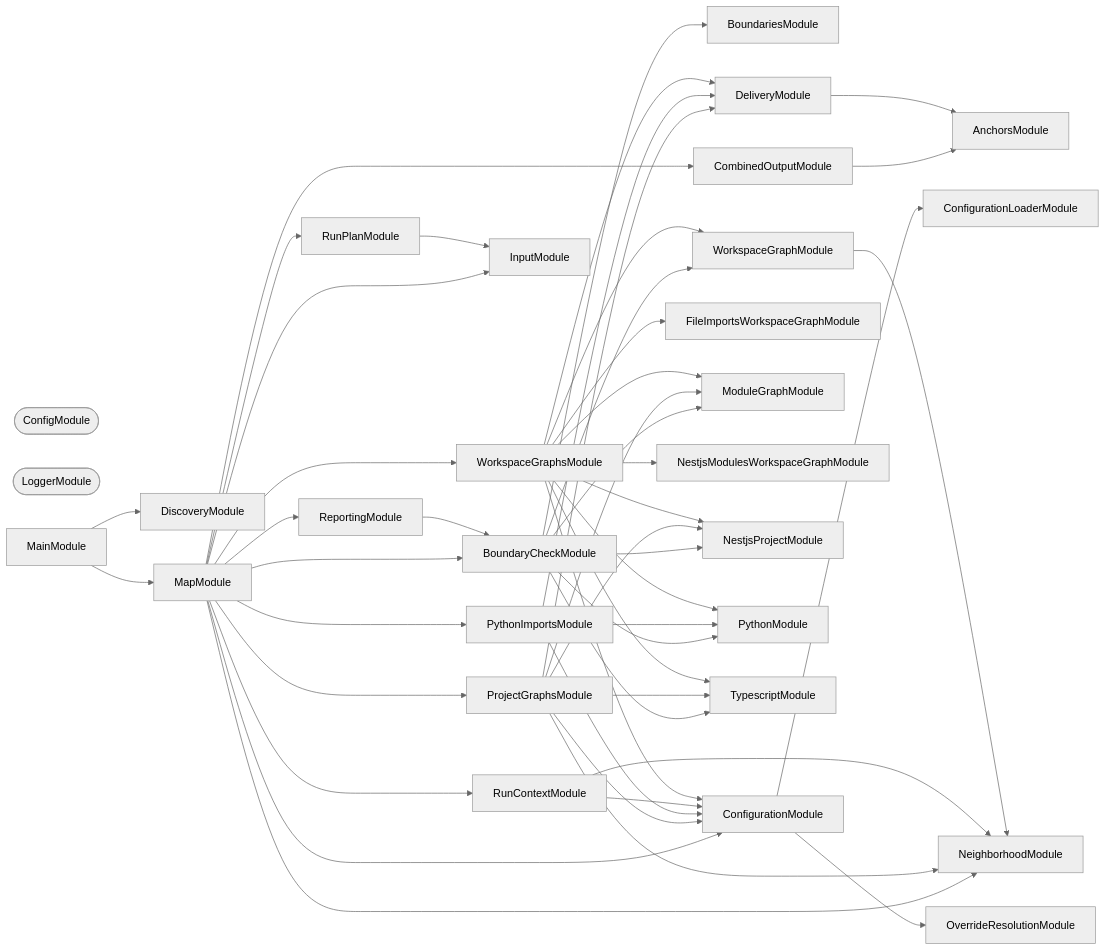
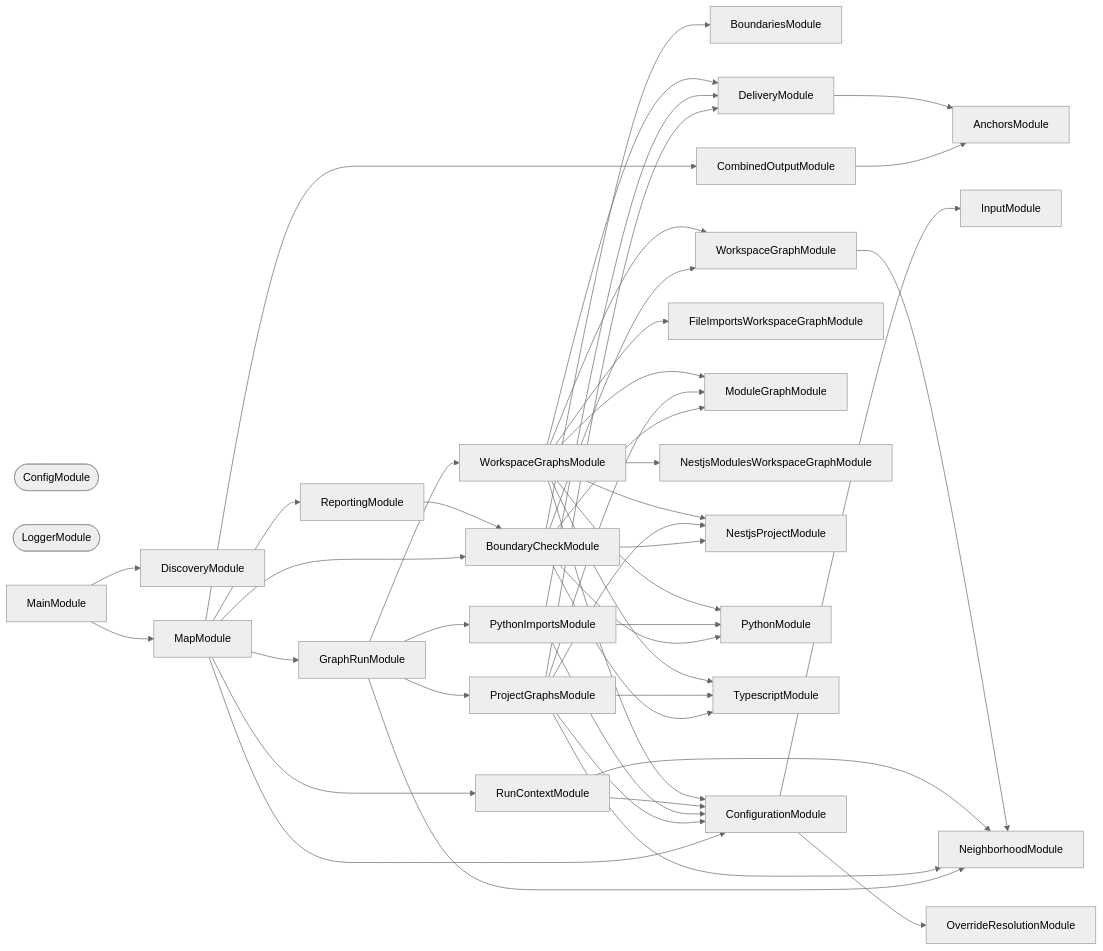
One commit to JimmyPaolini/codebase changed the second of 3 diagrams in packages/ic-suite/codependix/codependix-cli/README.md. Above: the diagram before and after it, drawn with Mermaid (neutral theme). The commit also changed other lines of this file and 16 other files, not shown here.

Commit message:
refactor(codependix): ♻️ measure the moved size limits and regenerate the module graphs

````diff
--- a/packages/ic-suite/codependix/codependix-cli/README.md
+++ b/packages/ic-suite/codependix/codependix-cli/README.md
@@ -181,77 +181,74 @@
 ```mermaid
 flowchart LR
   AnchorsModule
   BoundariesModule
   BoundaryCheckModule
   CombinedOutputModule
   ConfigModule([ConfigModule])
-  ConfigurationLoaderModule
   ConfigurationModule
   DeliveryModule
   DiscoveryModule
   FileImportsWorkspaceGraphModule
+  GraphRunModule
   InputModule
   LoggerModule([LoggerModule])
   MainModule
   MapModule
   ModuleGraphModule
   NeighborhoodModule
   NestjsModulesWorkspaceGraphModule
   NestjsProjectModule
   OverrideResolutionModule
   ProjectGraphsModule
   PythonImportsModule
   PythonModule
   ReportingModule
   RunContextModule
-  RunPlanModule
   TypescriptModule
   WorkspaceGraphModule
   WorkspaceGraphsModule
   BoundaryCheckModule --> BoundariesModule
   BoundaryCheckModule --> ModuleGraphModule
   BoundaryCheckModule --> NestjsProjectModule
   BoundaryCheckModule --> PythonModule
   BoundaryCheckModule --> TypescriptModule
   BoundaryCheckModule --> WorkspaceGraphModule
   CombinedOutputModule --> AnchorsModule
-  ConfigurationModule --> ConfigurationLoaderModule
+  ConfigurationModule --> InputModule
   ConfigurationModule --> OverrideResolutionModule
   DeliveryModule --> AnchorsModule
+  GraphRunModule --> NeighborhoodModule
+  GraphRunModule --> ProjectGraphsModule
+  GraphRunModule --> PythonImportsModule
+  GraphRunModule --> WorkspaceGraphsModule
   MainModule --> DiscoveryModule
   MainModule --> MapModule
   MapModule --> BoundaryCheckModule
   MapModule --> CombinedOutputModule
   MapModule --> ConfigurationModule
-  MapModule --> InputModule
-  MapModule --> NeighborhoodModule
-  MapModule --> ProjectGraphsModule
-  MapModule --> PythonImportsModule
+  MapModule --> GraphRunModule
   MapModule --> ReportingModule
   MapModule --> RunContextModule
-  MapModule --> RunPlanModule
-  MapModule --> WorkspaceGraphsModule
   ProjectGraphsModule --> ConfigurationModule
   ProjectGraphsModule --> DeliveryModule
   ProjectGraphsModule --> ModuleGraphModule
   ProjectGraphsModule --> NeighborhoodModule
   ProjectGraphsModule --> NestjsProjectModule
   ProjectGraphsModule --> TypescriptModule
   PythonImportsModule --> ConfigurationModule
   PythonImportsModule --> DeliveryModule
   PythonImportsModule --> PythonModule
   ReportingModule --> BoundaryCheckModule
   RunContextModule --> ConfigurationModule
   RunContextModule --> NeighborhoodModule
-  RunPlanModule --> InputModule
   WorkspaceGraphModule --> NeighborhoodModule
   WorkspaceGraphsModule --> ConfigurationModule
   WorkspaceGraphsModule --> DeliveryModule
   WorkspaceGraphsModule --> FileImportsWorkspaceGraphModule
   WorkspaceGraphsModule --> ModuleGraphModule
   WorkspaceGraphsModule --> NestjsModulesWorkspaceGraphModule
   WorkspaceGraphsModule --> NestjsProjectModule
   WorkspaceGraphsModule --> PythonModule
   WorkspaceGraphsModule --> TypescriptModule
   WorkspaceGraphsModule --> WorkspaceGraphModule
 ```
````
